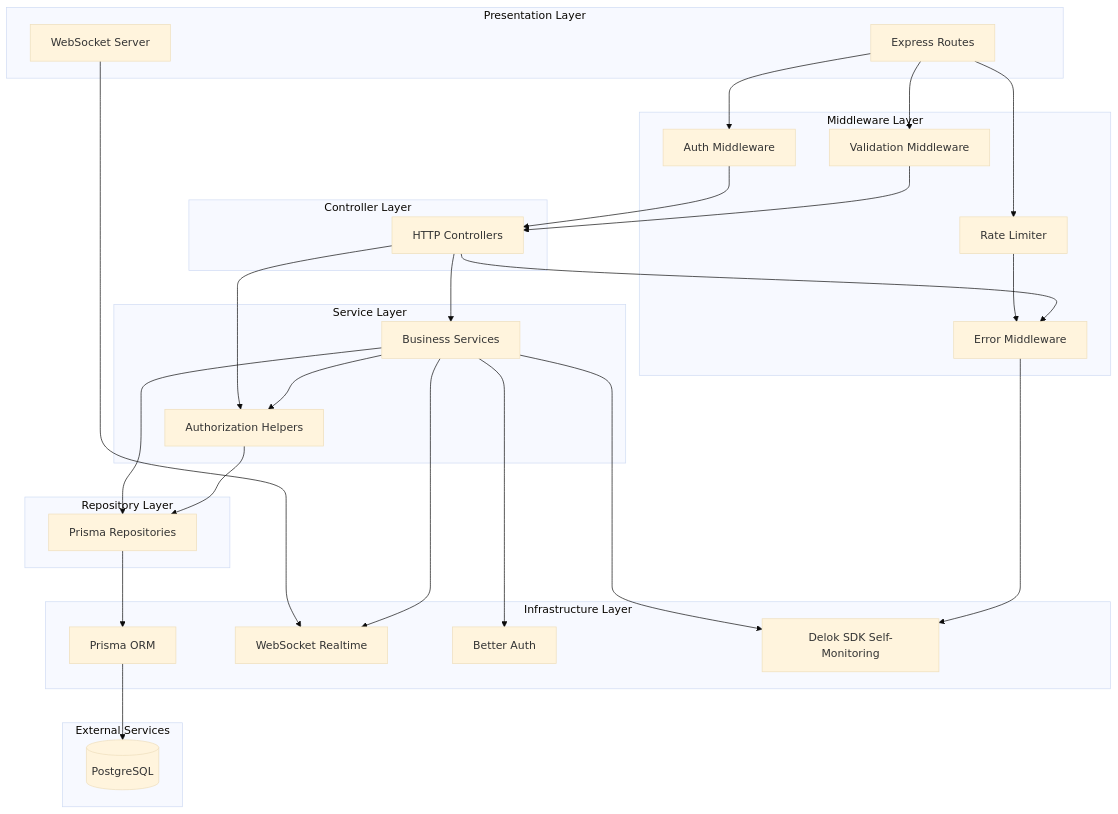
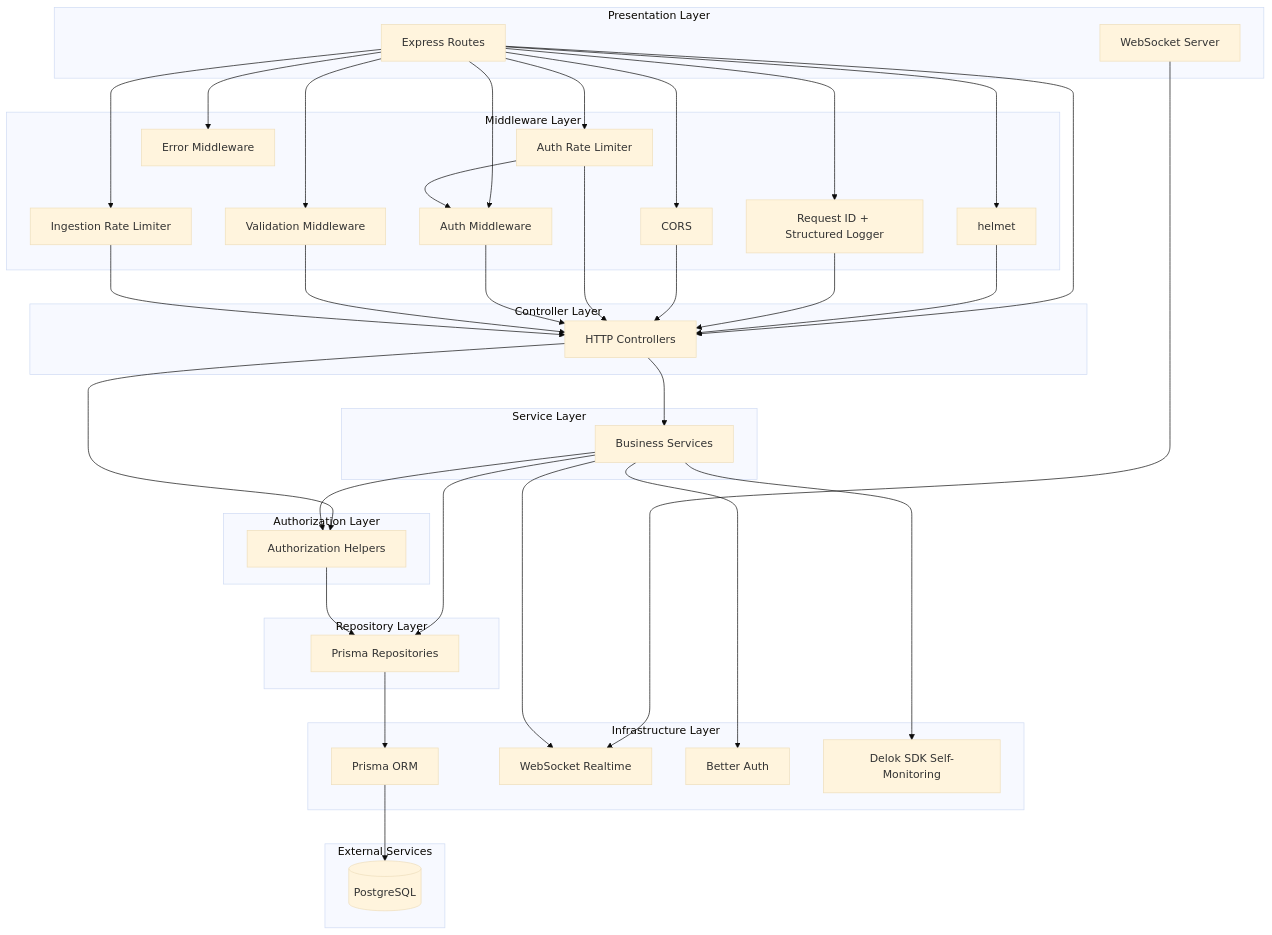
The diagram in backend/docs/architecture/overview.md (delok-dev/delok), drawn with Mermaid (base theme) before and after one commit. The commit also changed other lines of this file and 34 other files, not shown here.

````diff
--- a/backend/docs/architecture/overview.md
+++ b/backend/docs/architecture/overview.md
@@ -9,59 +9,74 @@
 ```mermaid
 graph TD
     subgraph "Presentation Layer"
         A[Express Routes]
         B[WebSocket Server]
     end
 
     subgraph "Middleware Layer"
-        C[Auth Middleware]
-        D[Validation Middleware]
-        E[Error Middleware]
-        F[Rate Limiter]
+        C[helmet]
+        D[Request ID + Structured Logger]
+        E[CORS]
+        F[Auth Rate Limiter]
+        G[Auth Middleware]
+        H[Validation Middleware]
+        I[Error Middleware]
+        J[Ingestion Rate Limiter]
     end
 
     subgraph "Controller Layer"
-        G[HTTP Controllers]
+        K[HTTP Controllers]
     end
 
     subgraph "Service Layer"
-        H[Business Services]
-        I[Authorization Helpers]
+        L[Business Services]
+    end
+
+    subgraph "Authorization Layer"
+        M[Authorization Helpers]
     end
 
     subgraph "Repository Layer"
-        J[Prisma Repositories]
+        N[Prisma Repositories]
     end
 
     subgraph "Infrastructure Layer"
-        K[Prisma ORM]
-        L[WebSocket Realtime]
-        M[Better Auth]
-        O[Delok SDK Self-Monitoring]
+        O[Prisma ORM]
+        P[WebSocket Realtime]
+        Q[Better Auth]
+        R[Delok SDK Self-Monitoring]
     end
 
     subgraph "External Services"
-        P[(PostgreSQL)]
-
+        S[(PostgreSQL)]
     end
 
     A --> C
     A --> D
+    A --> E
     A --> F
-    B --> L
-    C --> G
-    D --> G
-    G --> H
-    G --> I
-    H --> I
-    H --> J
-    I --> J
+    A --> G
+    A --> H
+    A --> J
+    A --> K
+    A --> I
+    B --> P
+    C --> K
+    D --> K
+    E --> K
+    F --> G
+    F --> K
+    G --> K
+    H --> K
     J --> K
-    K --> P
-    H --> L
-    H --> M
-    H --> O
-    F --> E
-    G --> E
-    E --> O
+    K --> L
+    K --> M
+    L --> M
+    L --> N
+    M --> N
+    N --> O
+    O --> S
+    L --> P
+    L --> Q
+    L --> R
 ```
````
